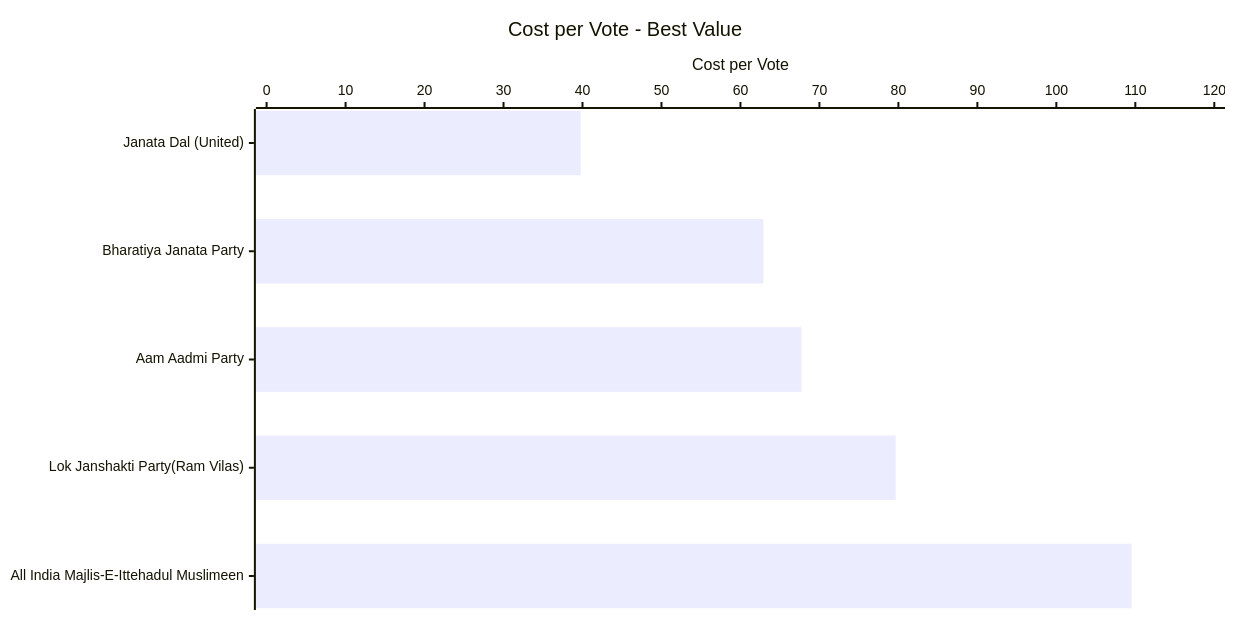
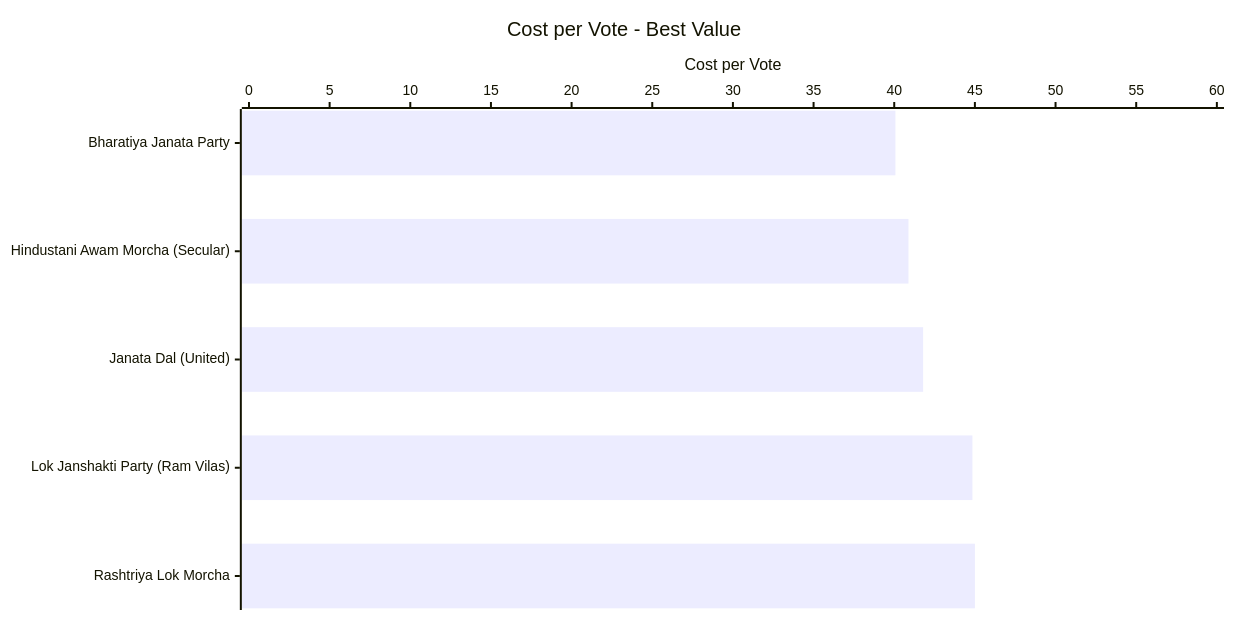
Before and after one commit to arjunswaj/elections: diagram 18 of 23 in BIHAR-GRAPH.md, drawn with Mermaid. The commit also changed other lines of this file and 4 other files, not shown here.

````diff
--- a/BIHAR-GRAPH.md
+++ b/BIHAR-GRAPH.md
@@ -369,17 +369,17 @@
 ```mermaid
 ---
 config:
     xyChart:
         width: 1200
         height: 600
         chartOrientation: horizontal
         dataLabels:
             enabled: true
             placement: end
 ---
 xychart-beta
     title "Cost per Vote - Best Value"
-    x-axis ["Janata Dal (United)", "Bharatiya Janata Party", "Aam Aadmi Party", "Lok Janshakti Party(Ram Vilas)", "All India Majlis-E-Ittehadul Muslimeen"]
-    y-axis "Cost per Vote" 0 --> 120
-    bar [39.7693, 62.9177, 67.7327, 79.6670, 109.5410]
+    x-axis ["Bharatiya Janata Party", "Hindustani Awam Morcha (Secular)", "Janata Dal (United)", "Lok Janshakti Party (Ram Vilas)", "Rashtriya Lok Morcha"]
+    y-axis "Cost per Vote" 0 --> 60
+    bar [40.0748, 40.8820, 41.7912, 44.8474, 45.0017]
 ```
````
